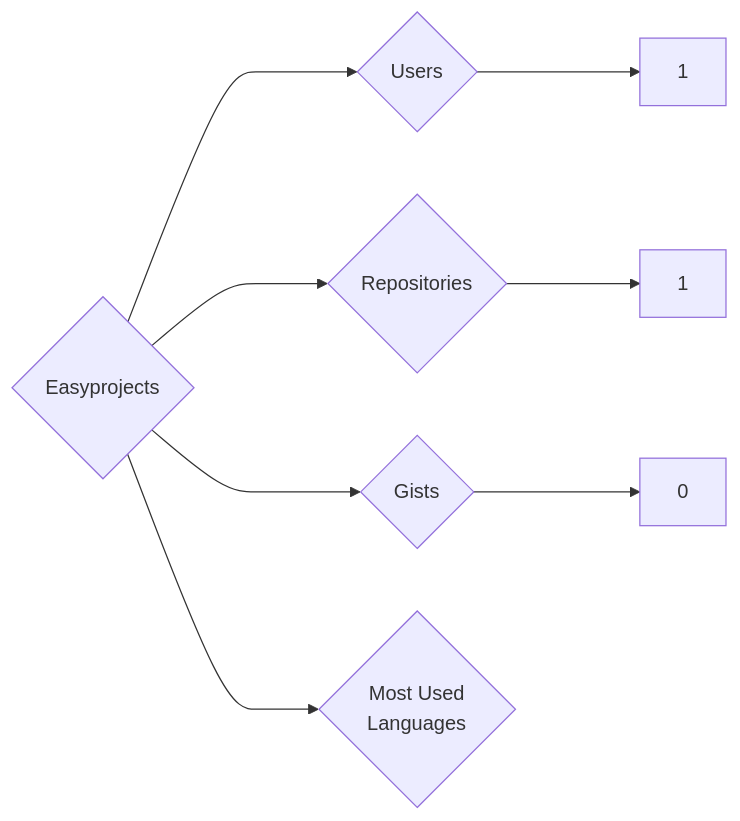
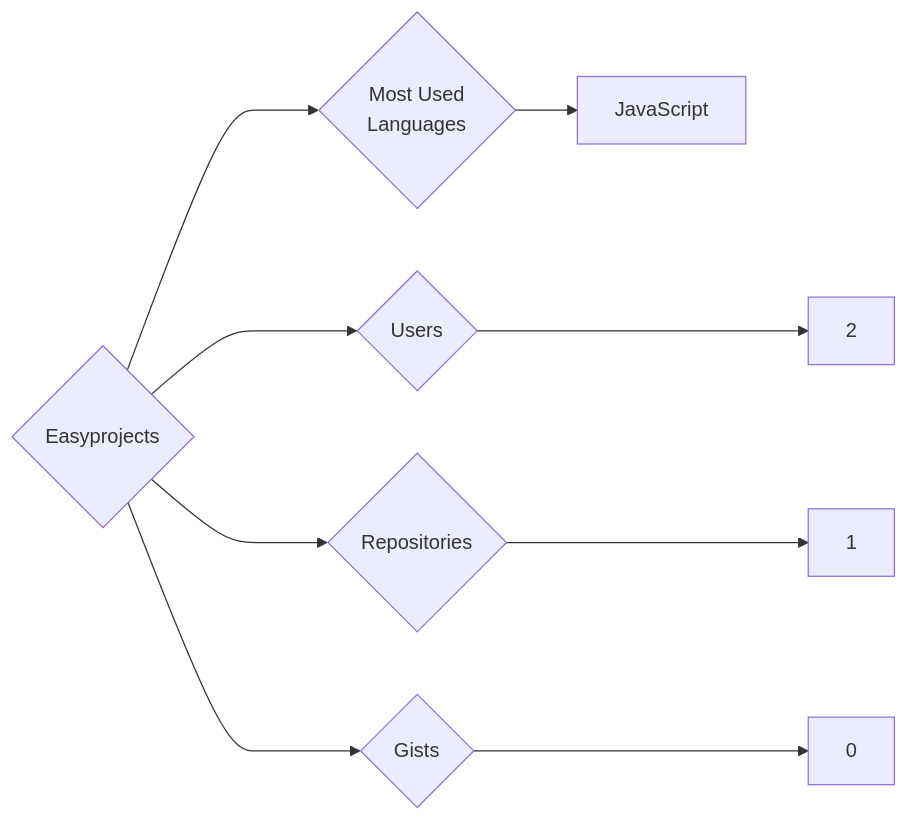
Before and after one commit to trickest/insiders: the diagram in targets/Easyprojects/README.md, drawn with Mermaid. The commit also changed 1149 other files, not shown here.

````diff
--- a/targets/Easyprojects/README.md
+++ b/targets/Easyprojects/README.md
@@ -3,8 +3,9 @@
 ```mermaid
 graph LR
 COMPANY_NAME{Easyprojects}
-COMPANY_NAME ---> U{Users} ---> UN[1]
+COMPANY_NAME ---> U{Users} ---> UN[2]
 COMPANY_NAME ---> R{Repositories} ---> RN[1]
 COMPANY_NAME ---> G{Gists} ---> GN[0]
 COMPANY_NAME ---> ML{Most Used<br>Languages}
+ML --> JavaScript[JavaScript]
 ```
````
